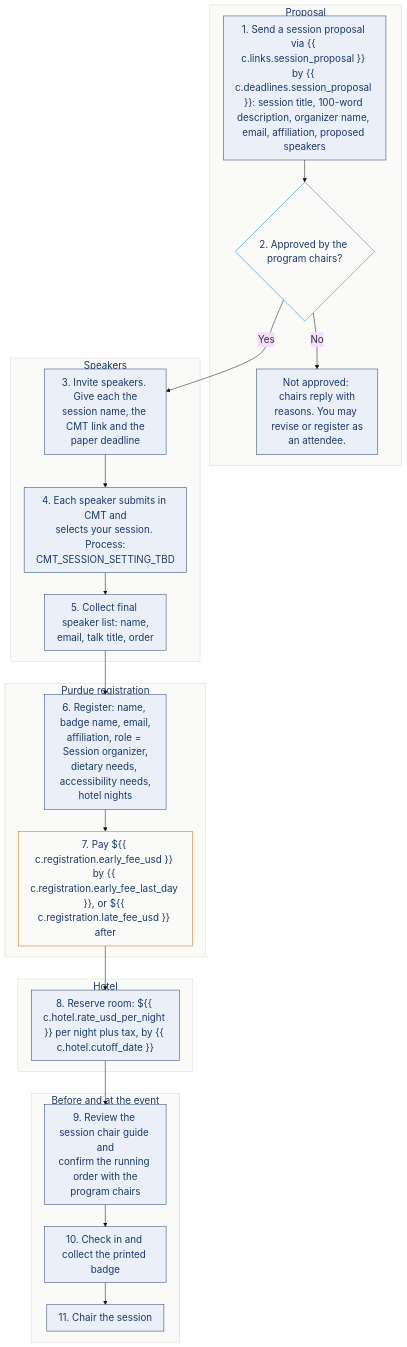
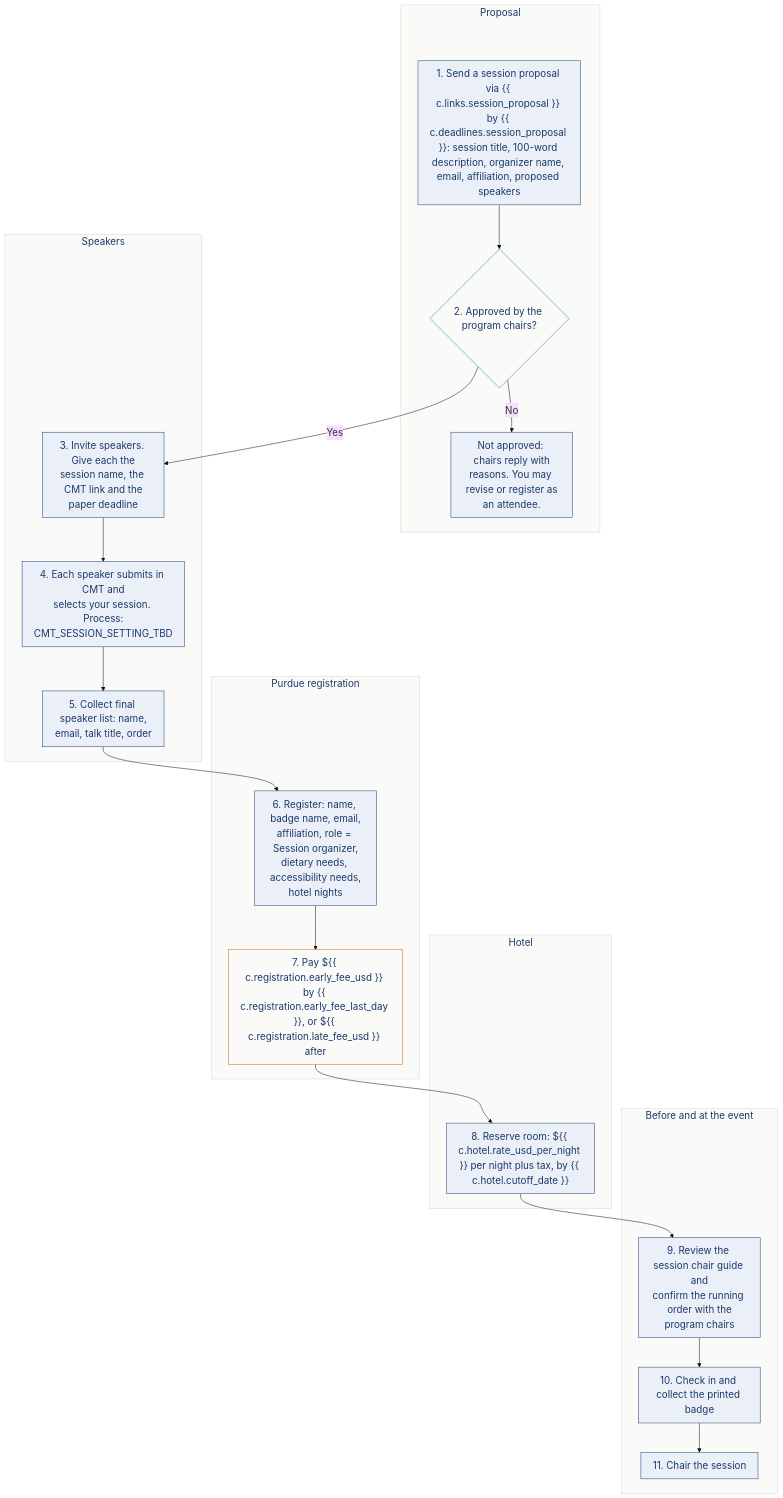
The diagram in workflows/session-organizer.md (serg696f/computational-imaging.github.io), drawn with Mermaid before and after one commit. The commit also changed other lines of this file and 2 other files, not shown here.

Commit message:
Fix diagram fonts and title spacing

````diff
--- a/workflows/session-organizer.md
+++ b/workflows/session-organizer.md
@@ -22,40 +23,51 @@
 ```mermaid
-%%{init: {"theme":"base","themeVariables":{"fontSize":"20px","fontFamily":"Space Grotesk, sans-serif"},"flowchart":{"useMaxWidth":false,"nodeSpacing":35,"rankSpacing":45,"padding":12}}}%%
+%%{init: {"theme":"base","themeVariables":{"fontSize":"20px","fontFamily":"Arial, Helvetica, sans-serif"},"flowchart":{"useMaxWidth":false,"nodeSpacing":50,"rankSpacing":60,"padding":12}}}%%
 flowchart TD
   subgraph PROP["Proposal"]
+    PROP_sp[" "]:::spacer
     S1["1. Send a session proposal via {{ c.links.session_proposal }} by {{ c.deadlines.session_proposal }}: session title, 100-word description, organizer name, email, affiliation, proposed speakers"]
     D1{"2. Approved by the program chairs?"}
     S2["Not approved: chairs reply with<br/>reasons. You may revise or register as<br/>an attendee."]
   end
   subgraph SPEAK["Speakers"]
+    SPEAK_sp[" "]:::spacer
     S3["3. Invite speakers. Give each the<br/>session name, the CMT link and the<br/>paper deadline"]
     S4["4. Each speaker submits in CMT and<br/>selects your session. Process:<br/>CMT_SESSION_SETTING_TBD"]
     S5["5. Collect final speaker list: name,<br/>email, talk title, order"]
   end
   subgraph REG["Purdue registration"]
+    REG_sp[" "]:::spacer
     S6["6. Register: name, badge name, email,<br/>affiliation, role = Session organizer,<br/>dietary needs, accessibility needs,<br/>hotel nights"]
     S7["7. Pay ${{ c.registration.early_fee_usd }} by {{ c.registration.early_fee_last_day }}, or ${{ c.registration.late_fee_usd }} after"]
   end
   subgraph HOTEL["Hotel"]
+    HOTEL_sp[" "]:::spacer
     S8["8. Reserve room: ${{ c.hotel.rate_usd_per_night }} per night plus tax, by {{ c.hotel.cutoff_date }}"]
   end
   subgraph EVENT["Before and at the event"]
+    EVENT_sp[" "]:::spacer
     S9["9. Review the session chair guide and<br/>confirm the running order with the<br/>program chairs"]
     S10["10. Check in and collect the printed badge"]
     S11["11. Chair the session"]
   end
   S1 --> D1
   D1 -- No --> S2
   D1 -- Yes --> S3 --> S4 --> S5 --> S6 --> S7 --> S8 --> S9 --> S10 --> S11
+  PROP_sp ~~~ S1
+  SPEAK_sp ~~~ S3
+  REG_sp ~~~ S6
+  HOTEL_sp ~~~ S8
+  EVENT_sp ~~~ S9
   style PROP fill:#FAFAF8,stroke:#DDD6C8,color:#1B3A6B
   style SPEAK fill:#FAFAF8,stroke:#DDD6C8,color:#1B3A6B
   style REG fill:#FAFAF8,stroke:#DDD6C8,color:#1B3A6B
   style HOTEL fill:#FAFAF8,stroke:#DDD6C8,color:#1B3A6B
   style EVENT fill:#FAFAF8,stroke:#DDD6C8,color:#1B3A6B
   classDef step fill:#EBF0F8,stroke:#1B3A6B,color:#1B3A6B;
   classDef pay fill:#FAFAF8,stroke:#C96A00,color:#1B3A6B;
   classDef gate fill:#FAFAF8,stroke:#007EA8,color:#1B3A6B;
   class S1,S2,S3,S4,S5,S6,S8,S9,S10,S11 step;
   class S7 pay;
   class D1 gate;
+  classDef spacer fill:none,stroke:none,color:#FAFAF8;
 ```
````
